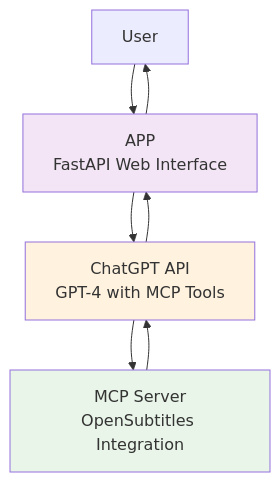
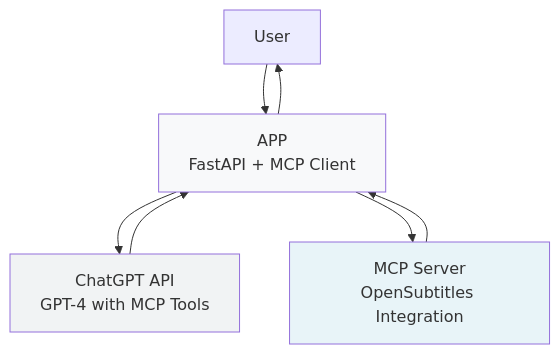
Before and after one commit to yoavrichter30/CineChunks: the diagram in README.md, drawn with Mermaid.

Commit message:
fix mermanid

````diff
--- a/README.md
+++ b/README.md
@@ -7,13 +7,13 @@
 ```mermaid
 graph TD
-    A[User] --> B[APP<br/>FastAPI Web Interface]
+    A[User] --> B[APP<br/>FastAPI + MCP Client]
     B --> C[ChatGPT API<br/>GPT-4 with MCP Tools]
-    C --> D[MCP Server<br/>OpenSubtitles Integration]
-    D --> C
     C --> B
+    B --> D[MCP Server<br/>OpenSubtitles Integration]
+    D --> B
     B --> A
     
-    style B fill:#f3e5f5
-    style C fill:#fff3e0
-    style D fill:#e8f5e8
+    style B fill:#f8f9fa
+    style C fill:#f1f3f4
+    style D fill:#e8f4f8
 ```
````
